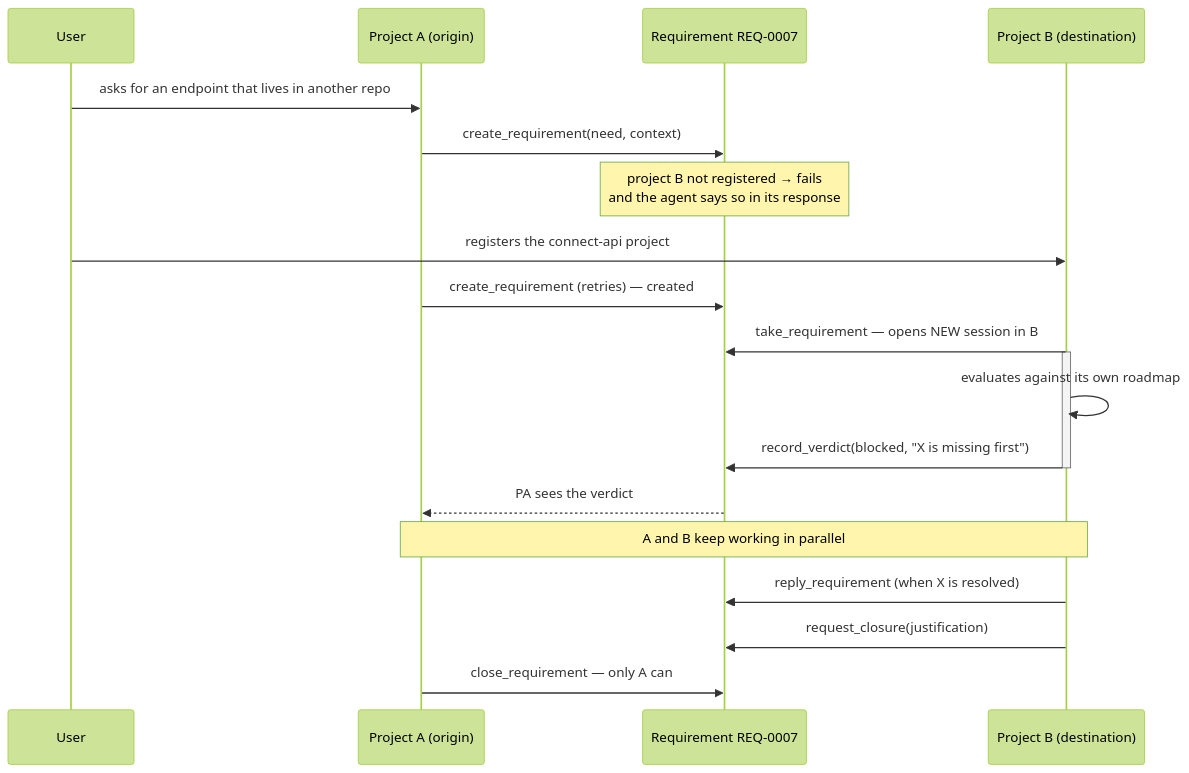
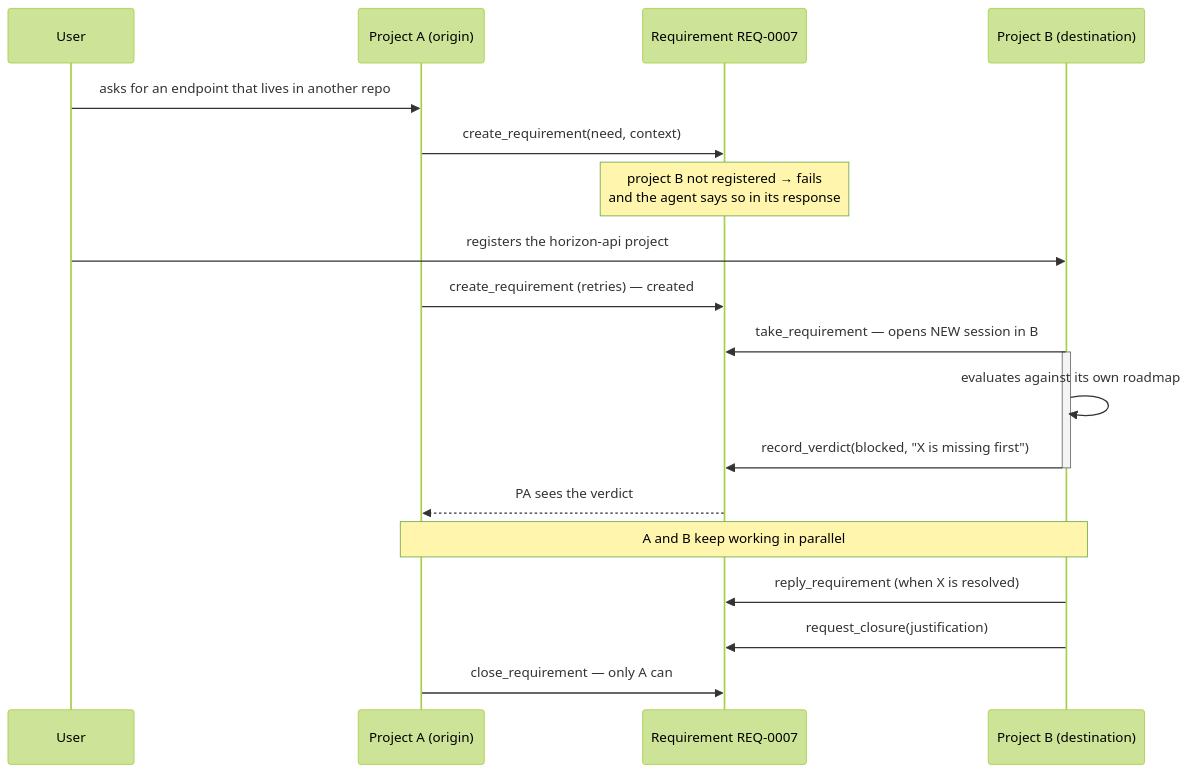
One commit to JhonaCodes/keel-ui changed the fourth of 4 diagrams in docs/product/05-multiple-projects.md. Above: the diagram before and after it, drawn with Mermaid (forest theme). The commit also changed other lines of this file and 178 other files, not shown here.

````diff
--- a/docs/product/05-multiple-projects.md
+++ b/docs/product/05-multiple-projects.md
@@ -85,23 +85,23 @@
 ```mermaid
 sequenceDiagram
     participant U as User
     participant PA as Project A (origin)
     participant REQ as Requirement REQ-0007
     participant PB as Project B (destination)
 
     U->>PA: asks for an endpoint that lives in another repo
     PA->>REQ: create_requirement(need, context)
     Note over REQ: project B not registered → fails<br>and the agent says so in its response
-    U->>PB: registers the connect-api project
+    U->>PB: registers the horizon-api project
     PA->>REQ: create_requirement (retries) — created
     PB->>REQ: take_requirement — opens NEW session in B
     activate PB
     PB->>PB: evaluates against its own roadmap
     PB->>REQ: record_verdict(blocked, "X is missing first")
     deactivate PB
     REQ-->>PA: PA sees the verdict
     Note over PA,PB: A and B keep working in parallel
     PB->>REQ: reply_requirement (when X is resolved)
     PB->>REQ: request_closure(justification)
     PA->>REQ: close_requirement — only A can
 ```
````
